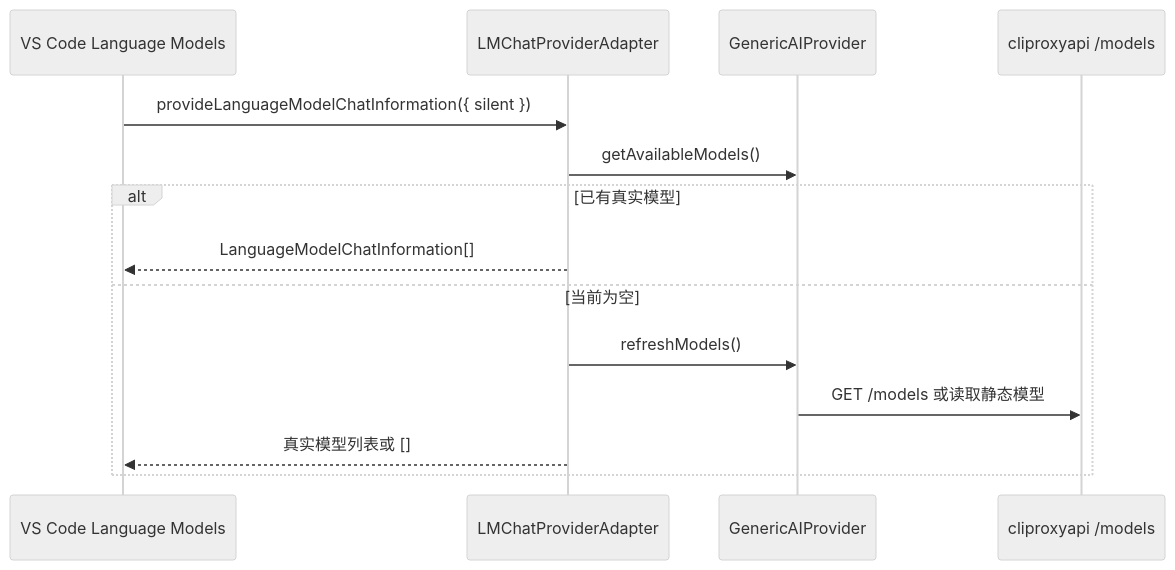
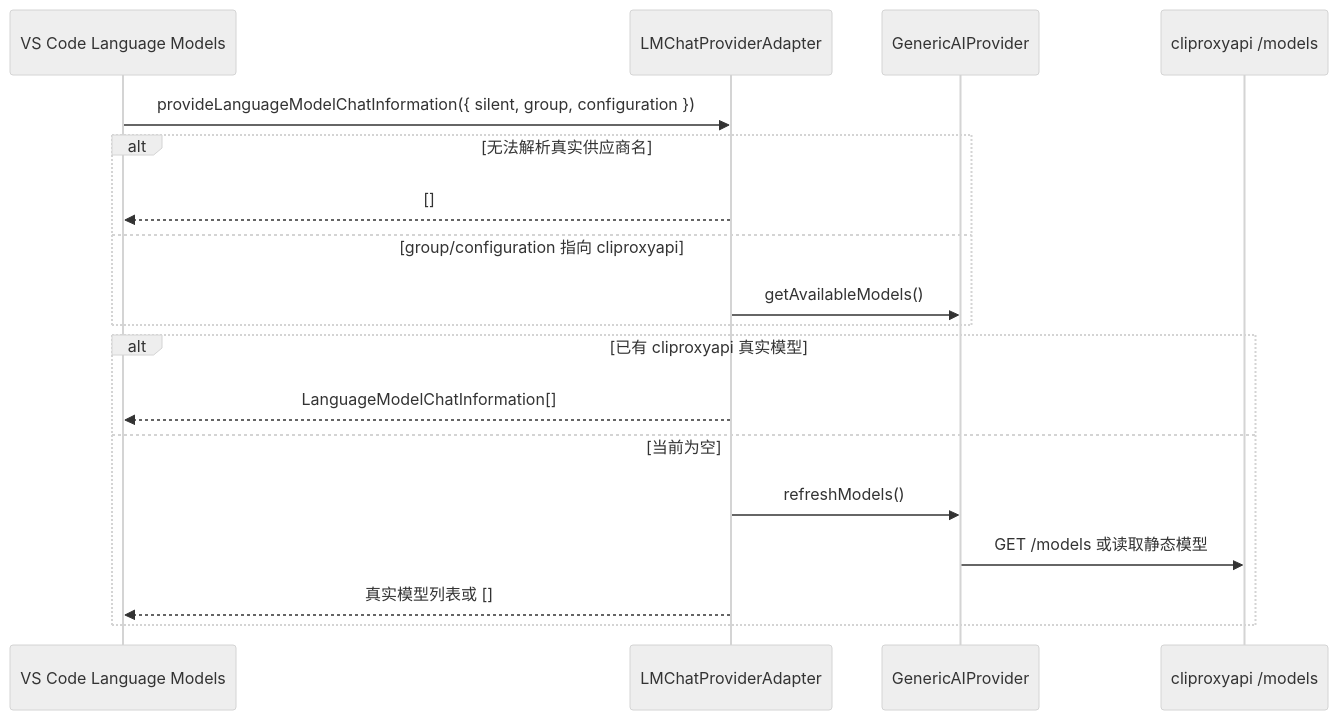
Before and after one commit to jqknono/coding-plans-for-copilot: the diagram in cases/2026-05-18-language-model-picker-cliproxyapi.md, drawn with Mermaid (neutral theme). The commit also changed other lines of this file and 5 other files, not shown here.

````diff
--- a/cases/2026-05-18-language-model-picker-cliproxyapi.md
+++ b/cases/2026-05-18-language-model-picker-cliproxyapi.md
@@ -12,17 +13,21 @@
 ```mermaid
 sequenceDiagram
     participant VSCode as VS Code Language Models
     participant Adapter as LMChatProviderAdapter
     participant Provider as GenericAIProvider
     participant Vendor as cliproxyapi /models
 
-    VSCode->>Adapter: provideLanguageModelChatInformation({ silent })
-    Adapter->>Provider: getAvailableModels()
-    alt 已有真实模型
+    VSCode->>Adapter: provideLanguageModelChatInformation({ silent, group, configuration })
+    alt 无法解析真实供应商名
+        Adapter-->>VSCode: []
+    else group/configuration 指向 cliproxyapi
+        Adapter->>Provider: getAvailableModels()
+    end
+    alt 已有 cliproxyapi 真实模型
         Adapter-->>VSCode: LanguageModelChatInformation[]
     else 当前为空
         Adapter->>Provider: refreshModels()
         Provider->>Vendor: GET /models 或读取静态模型
         Adapter-->>VSCode: 真实模型列表或 []
     end
 ```
````
